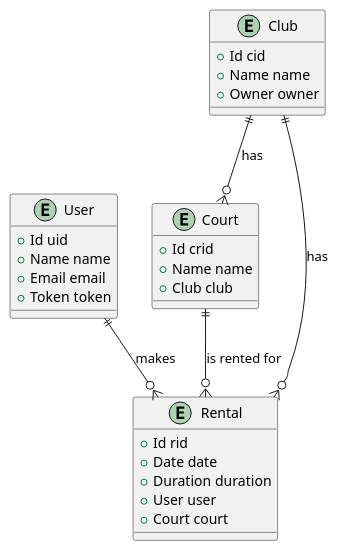
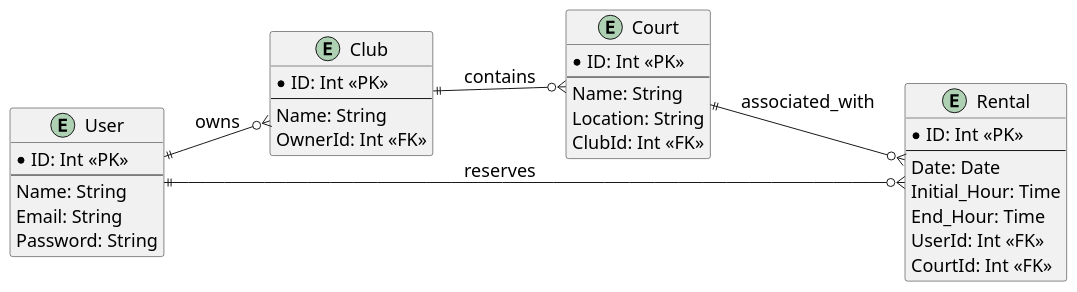
One commit to LukaRoca/padel-court-managment-system changed the diagram in docs/Entity-RelationShip.puml. Above: the diagram before and after it, drawn with PlantUML. The commit also changed 57 other files, not shown here.

```diff
--- a/docs/Entity-RelationShip.puml
+++ b/docs/Entity-RelationShip.puml
@@ -1,35 +1,43 @@
 @startuml
+skinparam defaultFontSize 18
+left to right direction
+
 
 entity User {
-    +Id uid
-    +Name name
-    +Email email
-    +Token token
+  * ID: Int <<PK>>
+  --
+  Name: String
+  Email: String
+  Password: String
 }
 
 entity Club {
-    +Id cid
-    +Name name
-    +Owner owner
+  * ID: Int <<PK>>
+  --
+  Name: String
+  OwnerId: Int <<FK>>
 }
 
 entity Court {
-    +Id crid
-    +Name name
-    +Club club
+  * ID: Int <<PK>>
+  --
+  Name: String
+  Location: String
+  ClubId: Int <<FK>>
 }
 
 entity Rental {
-    +Id rid
-    +Date date
-    +Duration duration
-    +User user
-    +Court court
+  * ID: Int <<PK>>
+  --
+  Date: Date
+  Initial_Hour: Time
+  End_Hour: Time
+  UserId: Int <<FK>>
+  CourtId: Int <<FK>>
 }
 
-User ||--o{ Rental : "makes"
-Club ||--o{ Court : "has"
-Court ||--o{ Rental : "is rented for"
-Club ||--o{ Rental : "has"
-
+User ||--o{ Club : owns
+Club ||--o{ Court : contains
+User ||--o{ Rental : reserves
+Court ||--o{ Rental : associated_with
 @enduml
```
